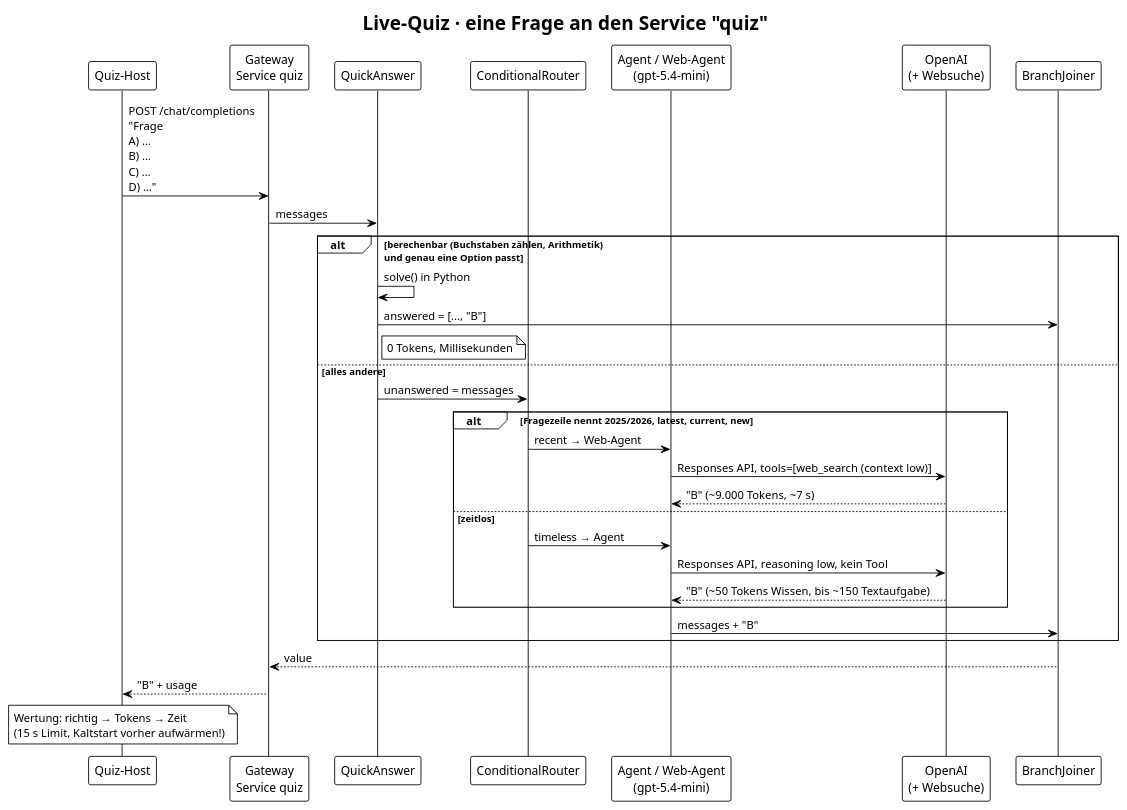
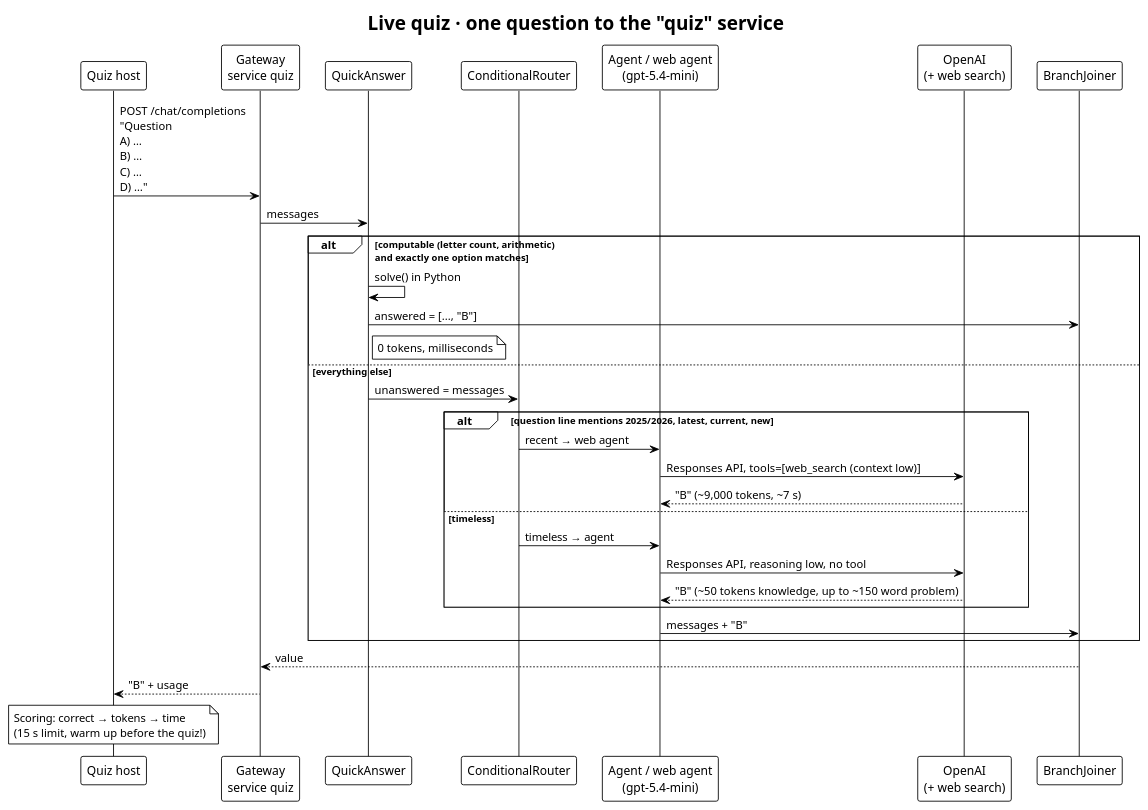
One commit to ma3u/hacknight changed the second of 4 diagrams in docs/STRATEGY.md. Above: the diagram before and after it, drawn with PlantUML. The commit also changed other lines of this file and 21 other files, not shown here.

````diff
--- a/docs/STRATEGY.md
+++ b/docs/STRATEGY.md
@@ -105,38 +105,38 @@
 ```plantuml
 @startuml live-question
 !theme plain
 skinparam shadowing false
-title Live-Quiz · eine Frage an den Service "quiz"
+title Live quiz · one question to the "quiz" service
 
-participant "Quiz-Host" as Host
-participant "Gateway\nService quiz" as GW
+participant "Quiz host" as Host
+participant "Gateway\nservice quiz" as GW
 participant "QuickAnswer" as QA
 participant "ConditionalRouter" as Router
-participant "Agent / Web-Agent\n(gpt-5.4-mini)" as Agent
-participant "OpenAI\n(+ Websuche)" as OAI
+participant "Agent / web agent\n(gpt-5.4-mini)" as Agent
+participant "OpenAI\n(+ web search)" as OAI
 participant "BranchJoiner" as Join
 
-Host -> GW : POST /chat/completions\n"Frage\nA) …\nB) …\nC) …\nD) …"
+Host -> GW : POST /chat/completions\n"Question\nA) …\nB) …\nC) …\nD) …"
 GW -> QA : messages
-alt berechenbar (Buchstaben zählen, Arithmetik)\nund genau eine Option passt
+alt computable (letter count, arithmetic)\nand exactly one option matches
   QA -> QA : solve() in Python
   QA -> Join : answered = [..., "B"]
-  note right of QA : 0 Tokens, Millisekunden
-else alles andere
+  note right of QA : 0 tokens, milliseconds
+else everything else
   QA -> Router : unanswered = messages
-  alt Fragezeile nennt 2025/2026, latest, current, new
-    Router -> Agent : recent → Web-Agent
+  alt question line mentions 2025/2026, latest, current, new
+    Router -> Agent : recent → web agent
     Agent -> OAI : Responses API, tools=[web_search (context low)]
-    OAI --> Agent : "B" (~9.000 Tokens, ~7 s)
-  else zeitlos
-    Router -> Agent : timeless → Agent
-    Agent -> OAI : Responses API, reasoning low, kein Tool
-    OAI --> Agent : "B" (~50 Tokens Wissen, bis ~150 Textaufgabe)
+    OAI --> Agent : "B" (~9,000 tokens, ~7 s)
+  else timeless
+    Router -> Agent : timeless → agent
+    Agent -> OAI : Responses API, reasoning low, no tool
+    OAI --> Agent : "B" (~50 tokens knowledge, up to ~150 word problem)
   end
   Agent -> Join : messages + "B"
 end
 Join --> GW : value
 GW --> Host : "B" + usage
-note over Host : Wertung: richtig → Tokens → Zeit\n(15 s Limit, Kaltstart vorher aufwärmen!)
+note over Host : Scoring: correct → tokens → time\n(15 s limit, warm up before the quiz!)
 @enduml
 ```
````
